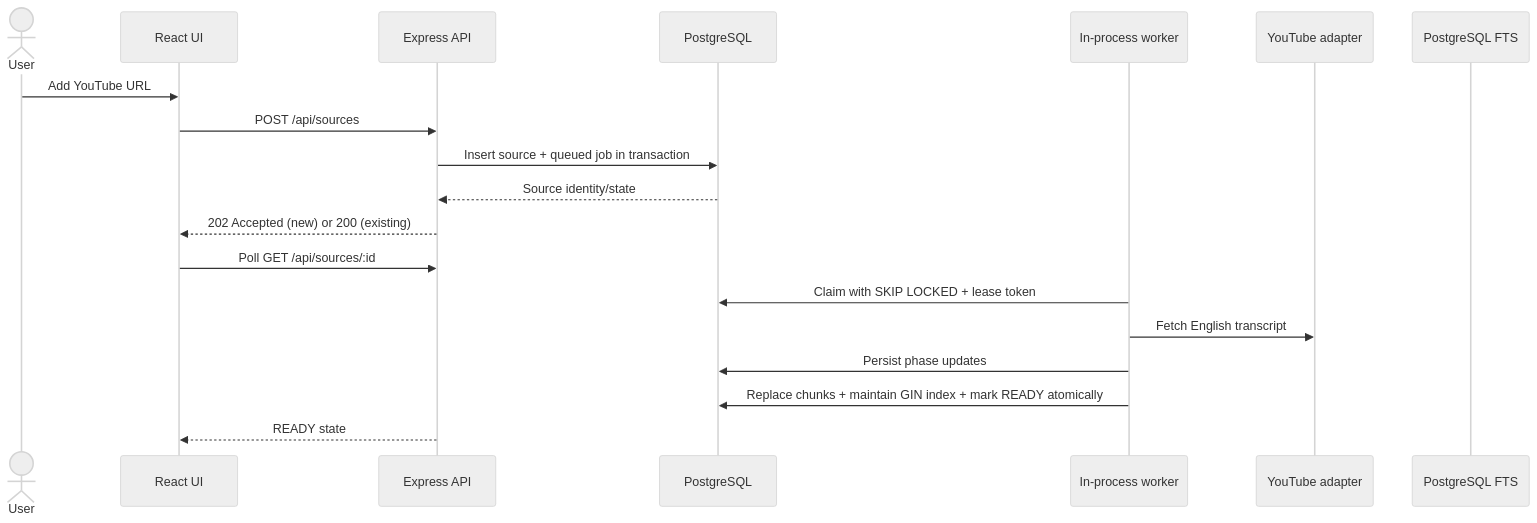
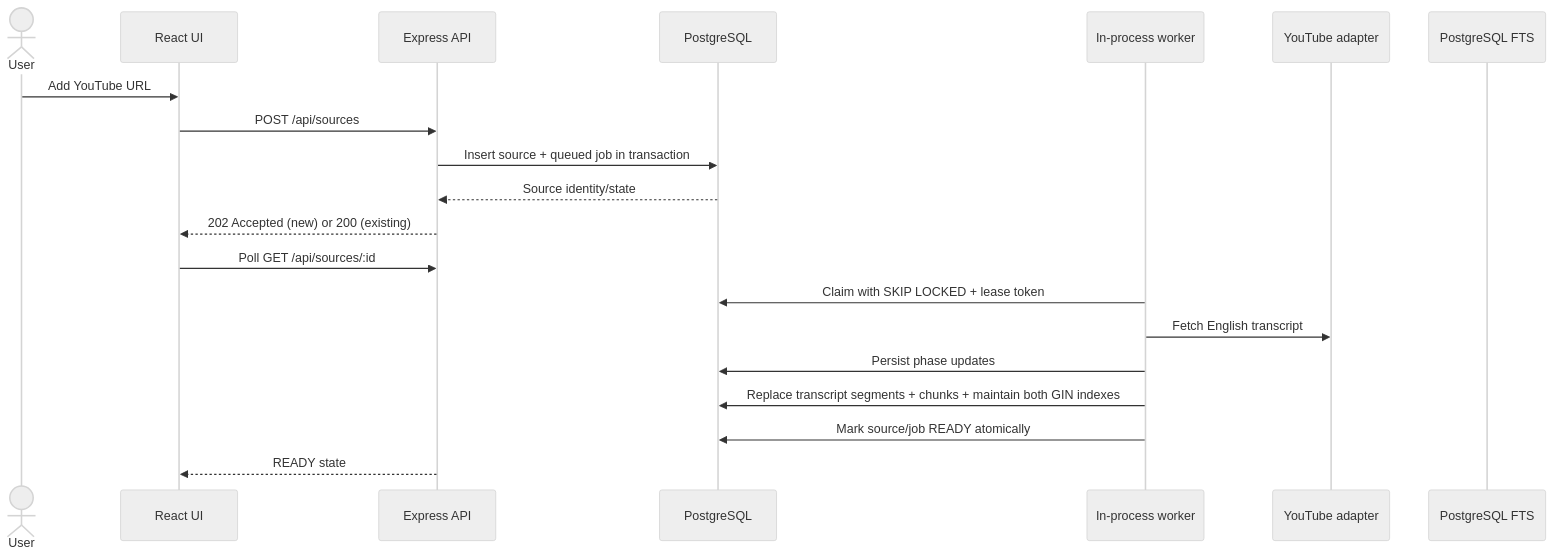
The first of 2 diagrams in docs/architecture/system-overview.md (iamgauravjoshi/VidScribe), drawn with Mermaid (neutral theme) before and after one commit. The commit also changed other lines of this file and 42 other files, not shown here.

````diff
--- a/docs/architecture/system-overview.md
+++ b/docs/architecture/system-overview.md
@@ -26,22 +27,23 @@
 ```mermaid
 sequenceDiagram
   actor User
   participant UI as React UI
   participant API as Express API
   participant DB as PostgreSQL
   participant Worker as In-process worker
   participant YT as YouTube adapter
   participant Search as PostgreSQL FTS
 
   User->>UI: Add YouTube URL
   UI->>API: POST /api/sources
   API->>DB: Insert source + queued job in transaction
   DB-->>API: Source identity/state
   API-->>UI: 202 Accepted (new) or 200 (existing)
   UI->>API: Poll GET /api/sources/:id
   Worker->>DB: Claim with SKIP LOCKED + lease token
   Worker->>YT: Fetch English transcript
   Worker->>DB: Persist phase updates
-  Worker->>DB: Replace chunks + maintain GIN index + mark READY atomically
+  Worker->>DB: Replace transcript segments + chunks + maintain both GIN indexes
+  Worker->>DB: Mark source/job READY atomically
   API-->>UI: READY state
 ```
````
